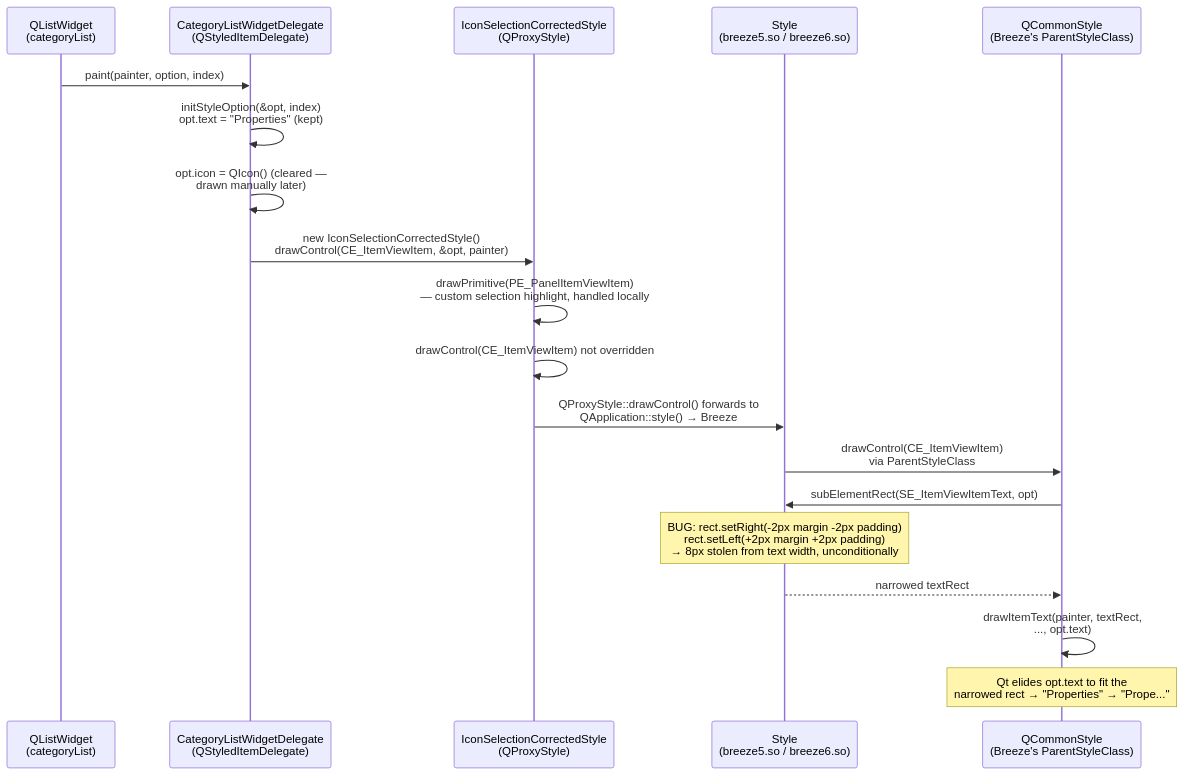
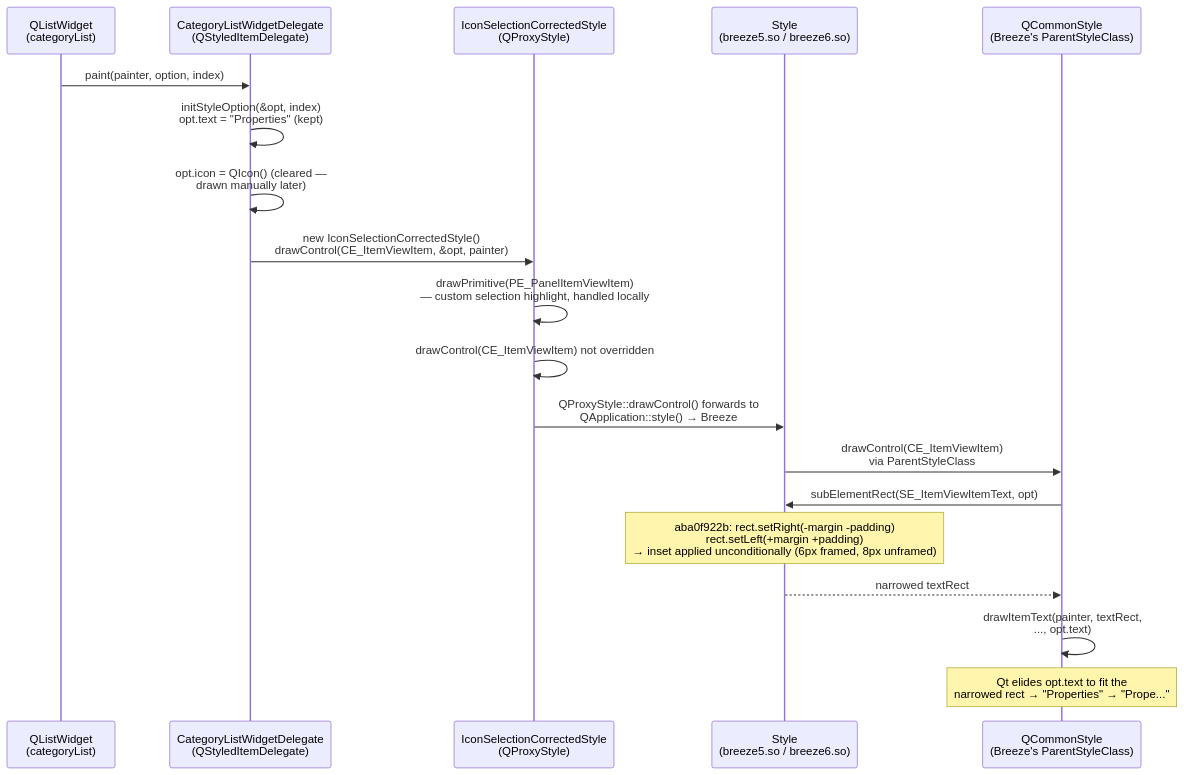
The first of 2 diagrams in docs/sequence-diagrams.md (rallenh/breeze-itemview-text-elision), drawn with Mermaid before and after one commit. The commit also changed other lines of this file and 78 other files, not shown here.

````diff
--- a/docs/sequence-diagrams.md
+++ b/docs/sequence-diagrams.md
@@ -23,22 +29,22 @@
 ```mermaid
 sequenceDiagram
     participant QLW as QListWidget<br/>(categoryList)
     participant Del as CategoryListWidgetDelegate<br/>(QStyledItemDelegate)
     participant Proxy as IconSelectionCorrectedStyle<br/>(QProxyStyle)
     participant Breeze as Style<br/>(breeze5.so / breeze6.so)
     participant Common as QCommonStyle<br/>(Breeze's ParentStyleClass)
 
     QLW->>Del: paint(painter, option, index)
     Del->>Del: initStyleOption(&opt, index)<br/>opt.text = "Properties" (kept)
     Del->>Del: opt.icon = QIcon() (cleared —<br/>drawn manually later)
     Del->>Proxy: new IconSelectionCorrectedStyle()<br/>drawControl(CE_ItemViewItem, &opt, painter)
     Proxy->>Proxy: drawPrimitive(PE_PanelItemViewItem)<br/>— custom selection highlight, handled locally
     Proxy->>Proxy: drawControl(CE_ItemViewItem) not overridden
     Proxy->>Breeze: QProxyStyle::drawControl() forwards to<br/>QApplication::style() → Breeze
     Breeze->>Common: drawControl(CE_ItemViewItem)<br/>via ParentStyleClass
     Common->>Breeze: subElementRect(SE_ItemViewItemText, opt)
-    Note over Breeze: BUG: rect.setRight(-2px margin -2px padding)<br/>rect.setLeft(+2px margin +2px padding)<br/>→ 8px stolen from text width, unconditionally
+    Note over Breeze: aba0f922b: rect.setRight(-margin -padding)<br/>rect.setLeft(+margin +padding)<br/>→ inset applied unconditionally (6px framed, 8px unframed)
     Breeze-->>Common: narrowed textRect
     Common->>Common: drawItemText(painter, textRect,<br/>..., opt.text)
     Note over Common: Qt elides opt.text to fit the<br/>narrowed rect → "Properties" → "Prope..."
 ```
````
